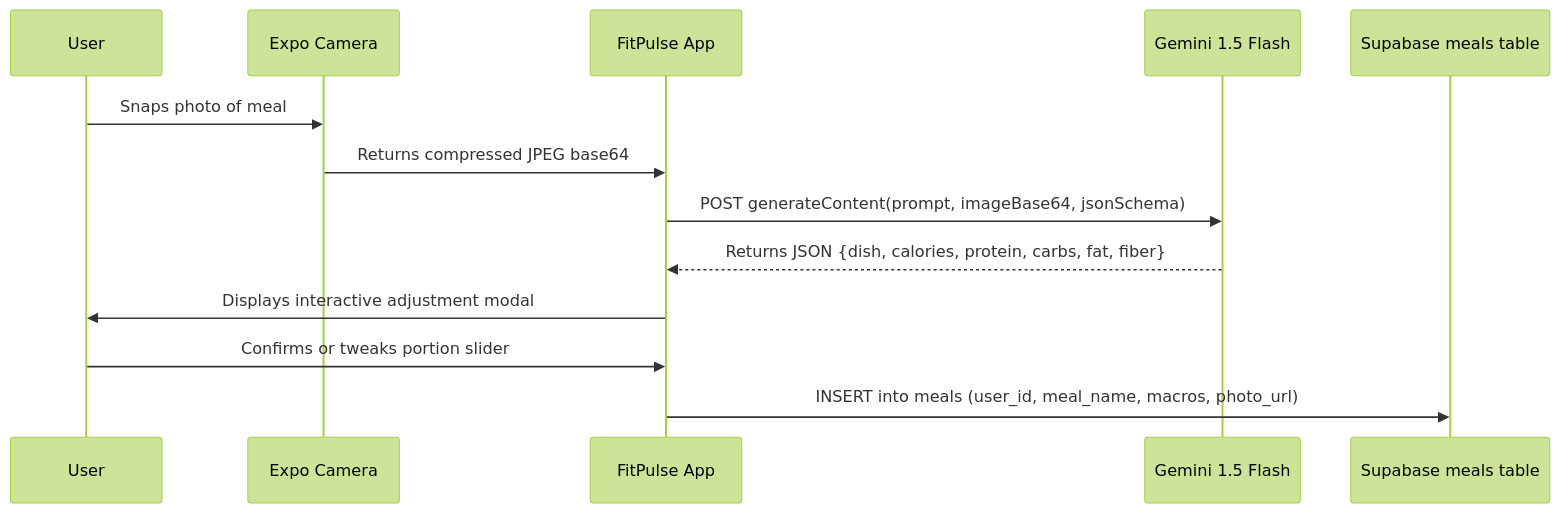
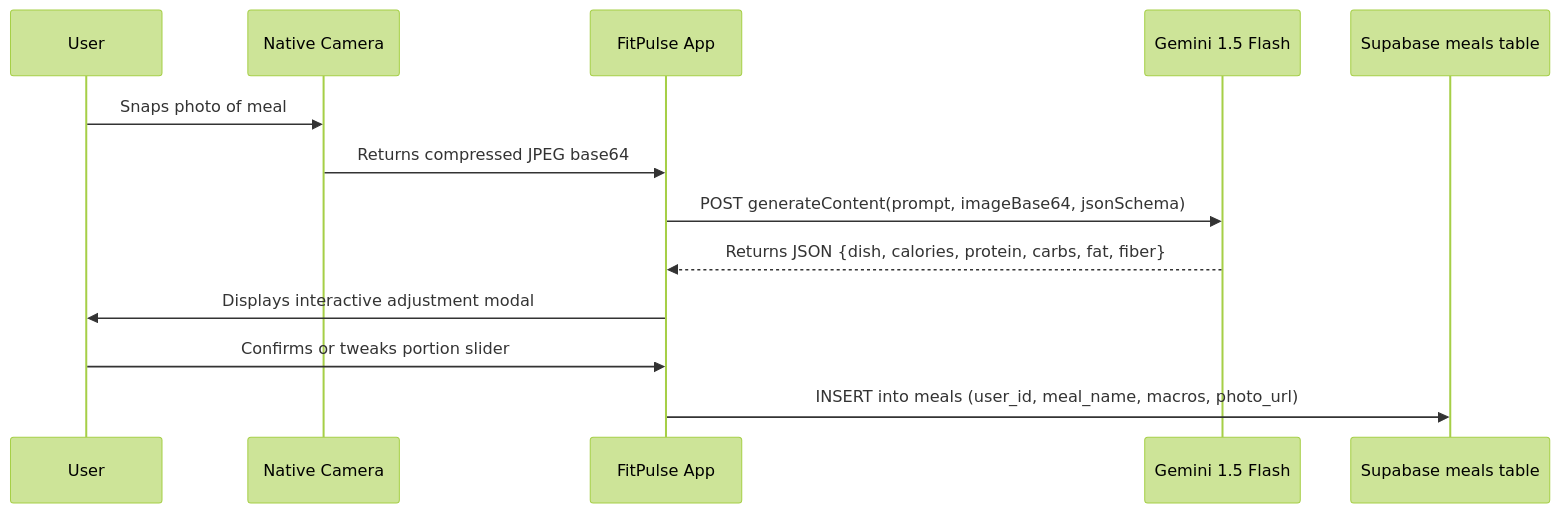
Before and after one commit to vjvijay23/AVFIT: the third of 3 diagrams in docs/ARCHITECTURE.md, drawn with Mermaid (forest theme). The commit also changed other lines of this file and 55 other files, not shown here.

Commit message:
Fix AVFIT tracker scanner and community flows

````diff
--- a/docs/ARCHITECTURE.md
+++ b/docs/ARCHITECTURE.md
@@ -136,16 +135,16 @@
 ```mermaid
 sequenceDiagram
     participant User
-    participant Camera as Expo Camera
+    participant Camera as Native Camera
     participant Client as FitPulse App
     participant Gemini as Gemini 1.5 Flash
     participant DB as Supabase meals table
 
     User->>Camera: Snaps photo of meal
     Camera->>Client: Returns compressed JPEG base64
     Client->>Gemini: POST generateContent(prompt, imageBase64, jsonSchema)
     Gemini-->>Client: Returns JSON {dish, calories, protein, carbs, fat, fiber}
     Client->>User: Displays interactive adjustment modal
     User->>Client: Confirms or tweaks portion slider
     Client->>DB: INSERT into meals (user_id, meal_name, macros, photo_url)
 ```
````
